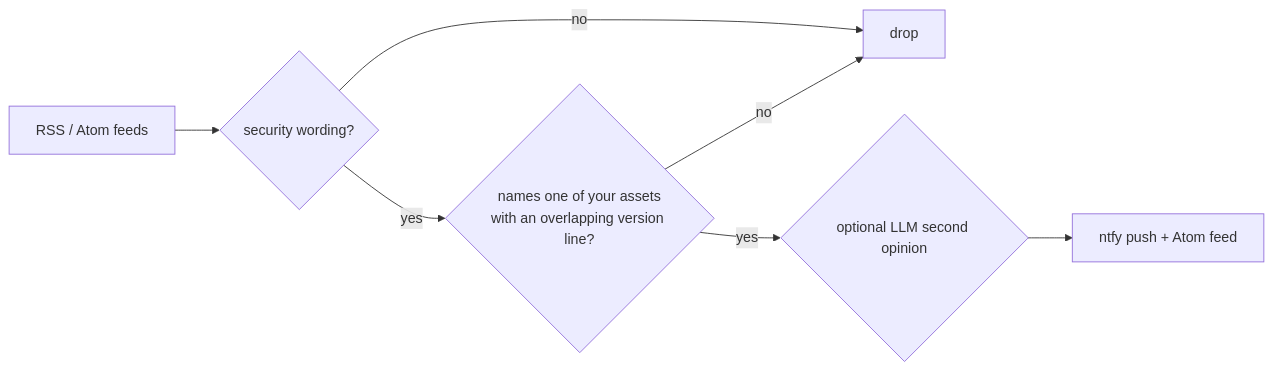
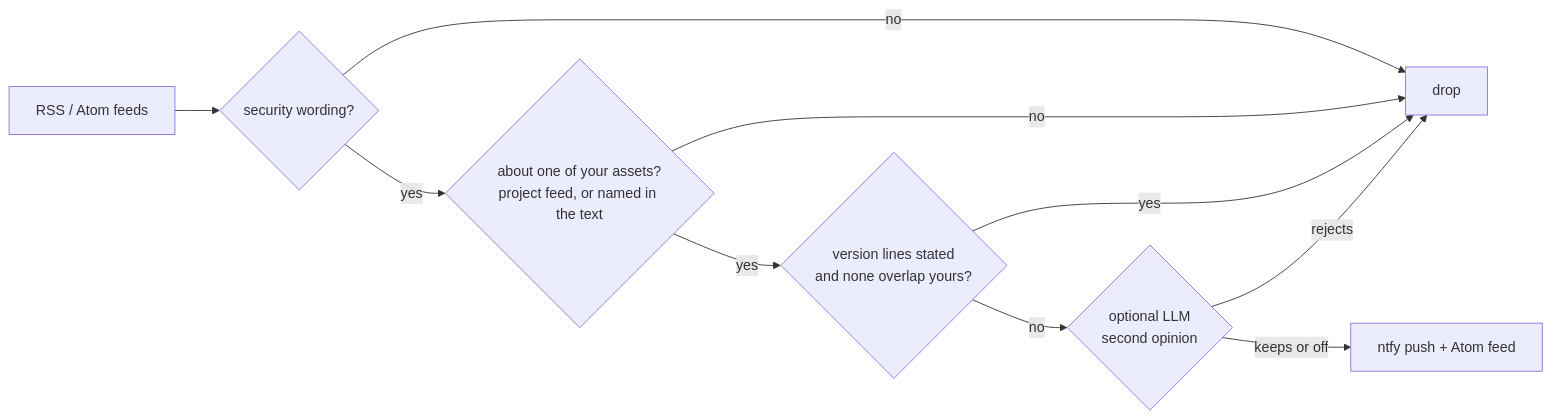
One commit to TakashiAihara/mushirase changed the diagram in README.md. Above: the diagram before and after it, drawn with Mermaid. The commit also changed other lines of this file and 8 other files, not shown here.

````diff
--- a/README.md
+++ b/README.md
@@ -11,9 +11,12 @@
 ```mermaid
 flowchart LR
   F[RSS / Atom feeds] --> M{security wording?}
   M -- no --> D[drop]
-  M -- yes --> A{names one of your assets<br/>with an overlapping version line?}
+  M -- yes --> A{about one of your assets?<br/>project feed, or named in the text}
   A -- no --> D
-  A -- yes --> L{optional LLM second opinion}
-  L --> N[ntfy push + Atom feed]
+  A -- yes --> V{version lines stated<br/>and none overlap yours?}
+  V -- yes --> D
+  V -- no --> L{optional LLM<br/>second opinion}
+  L -- rejects --> D
+  L -- keeps or off --> N[ntfy push + Atom feed]
 ```
````
